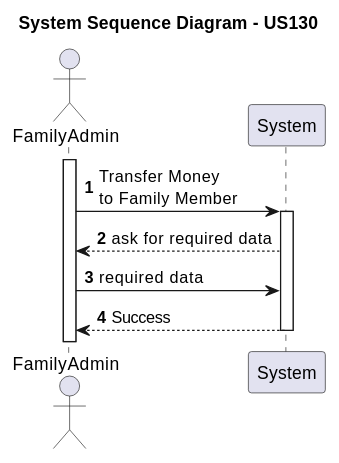
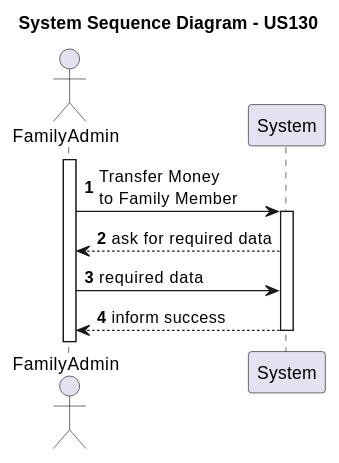
Before and after one commit to tomas-osswald/switch_2020_g3: the first of 4 diagrams in docs/sprint2/user_stories/US130_TransferToPersonalCashAccount.md, drawn with PlantUML. The commit also changed other lines of this file and 5 other files, not shown here.

`````diff
--- a/docs/sprint2/user_stories/US130_TransferToPersonalCashAccount.md
+++ b/docs/sprint2/user_stories/US130_TransferToPersonalCashAccount.md
@@ -24,15 +21,15 @@
 ````puml
 autonumber
 title System Sequence Diagram - US130
 
 Actor "FamilyAdmin" as Actor
 Participant "System" as System
 
 activate Actor
 Actor -> System : Transfer Money \nto Family Member
 activate System
 System --> Actor : ask for required data
 Actor -> System : required data
-System --> Actor : Success
+System --> Actor : inform success
 deactivate System
 ````
`````
